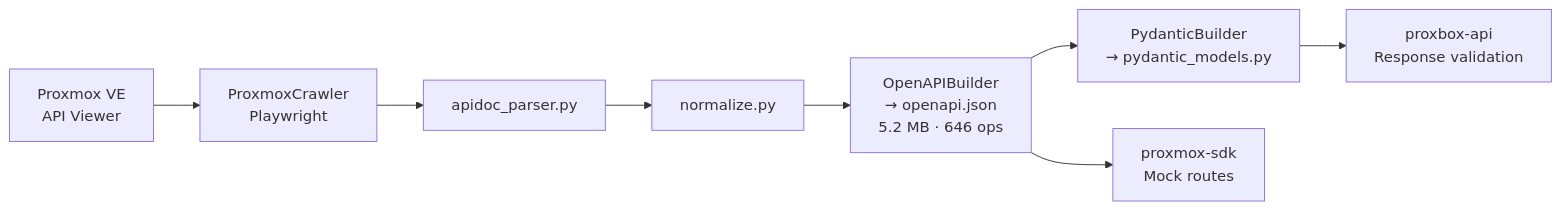
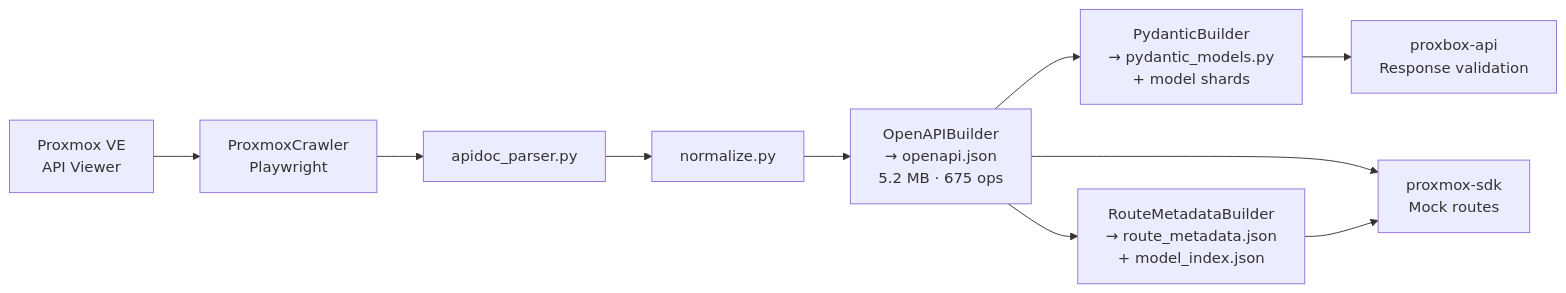
The fifth of 5 diagrams in docs/architecture.md (emersonfelipesp/proxmox-sdk), drawn with Mermaid before and after one commit. The commit also changed other lines of this file and 8 other files, not shown here.

Commit message:
docs: document performance architecture

````diff
--- a/docs/architecture.md
+++ b/docs/architecture.md
@@ -145,19 +151,22 @@
 ```mermaid
 flowchart LR
     PVE["Proxmox VE\nAPI Viewer"]
     CRAWL["ProxmoxCrawler\nPlaywright"]
     PARSE["apidoc_parser.py"]
     NORM["normalize.py"]
-    OA["OpenAPIBuilder\n→ openapi.json\n5.2 MB · 646 ops"]
-    PYD["PydanticBuilder\n→ pydantic_models.py"]
+    OA["OpenAPIBuilder\n→ openapi.json\n5.2 MB · 675 ops"]
+    PYD["PydanticBuilder\n→ pydantic_models.py\n+ model shards"]
+    META["RouteMetadataBuilder\n→ route_metadata.json\n+ model_index.json"]
     USE1["proxmox-sdk\nMock routes"]
     USE2["proxbox-api\nResponse validation"]
 
     PVE --> CRAWL
     CRAWL --> PARSE
     PARSE --> NORM
     NORM --> OA
     OA --> PYD
+    OA --> META
     OA --> USE1
+    META --> USE1
     PYD --> USE2
 ```
````
